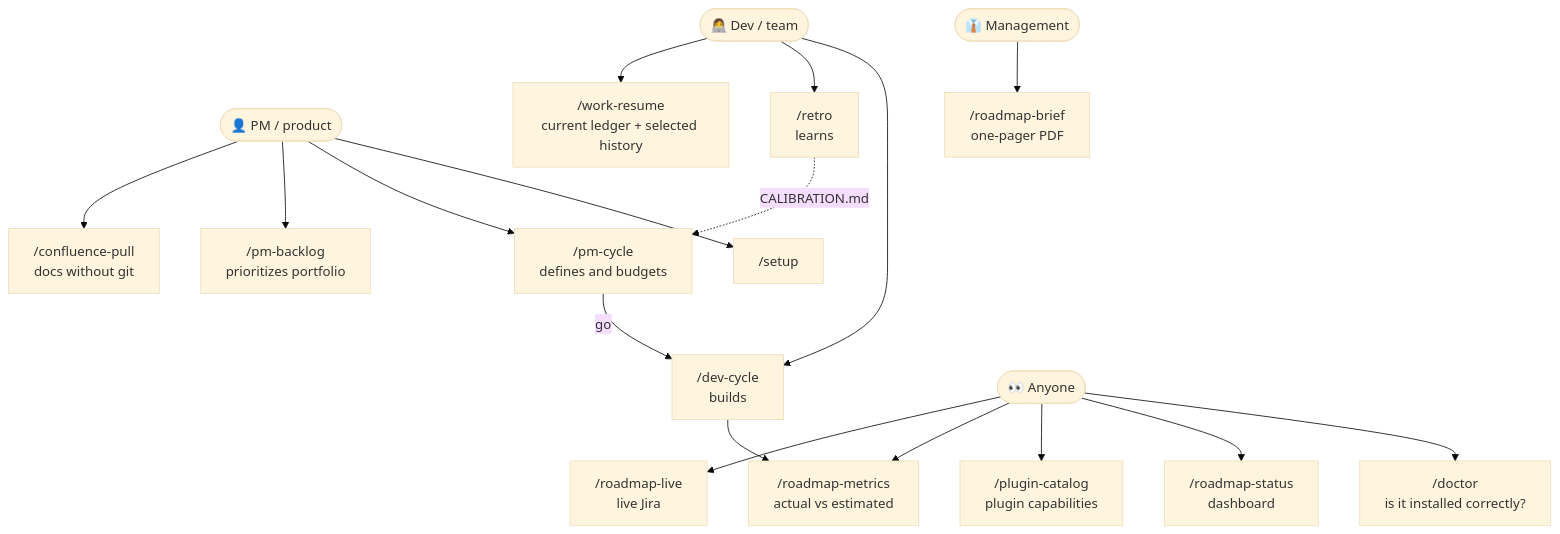
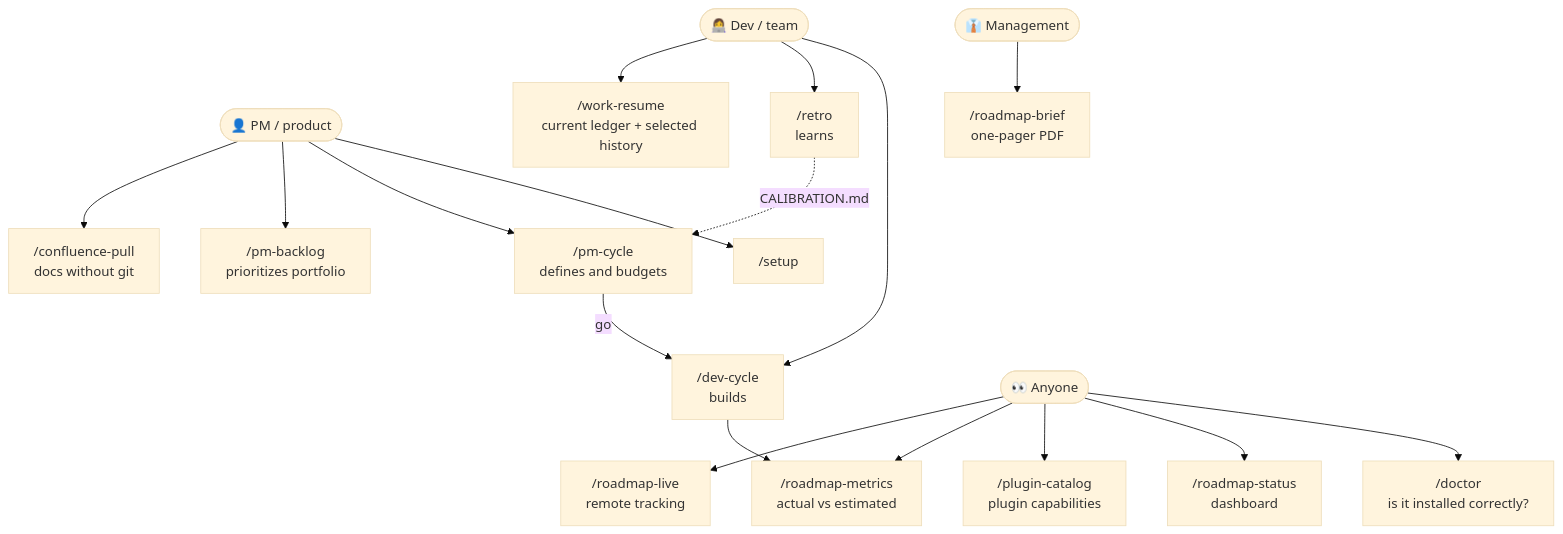
The first of 26 diagrams in docs/en/FLOWS.md (daycry/custom-agents), drawn with Mermaid (base theme) before and after one commit. The commit also changed other lines of this file and 131 other files, not shown here.

````diff
--- a/docs/en/FLOWS.md
+++ b/docs/en/FLOWS.md
@@ -12,19 +20,19 @@
 ```mermaid
 flowchart TD
     PM(["👤 PM / product"]) --> S0["/setup"]
     PM --> P1["/pm-cycle<br/>defines and budgets"]
     PM --> P2["/pm-backlog<br/>prioritizes portfolio"]
     PM --> P3["/confluence-pull<br/>docs without git"]
     DEV(["👩‍💻 Dev / team"]) --> D1["/dev-cycle<br/>builds"]
     DEV --> D2["/retro<br/>learns"]
     DEV --> D3["/work-resume<br/>current ledger + selected history"]
     DIR(["👔 Management"]) --> V1["/roadmap-brief<br/>one-pager PDF"]
     TODOS(["👀 Anyone"]) --> V0["/doctor<br/>is it installed correctly?"]
     TODOS --> V2["/roadmap-status<br/>dashboard"]
     TODOS --> V5["/plugin-catalog<br/>plugin capabilities"]
     TODOS --> V3["/roadmap-metrics<br/>actual vs estimated"]
-    TODOS --> V4["/roadmap-live<br/>live Jira"]
+    TODOS --> V4["/roadmap-live<br/>remote tracking"]
     P1 -->|go| D1
     D1 --> V3
     D2 -.->|CALIBRATION.md| P1
 ```
````
